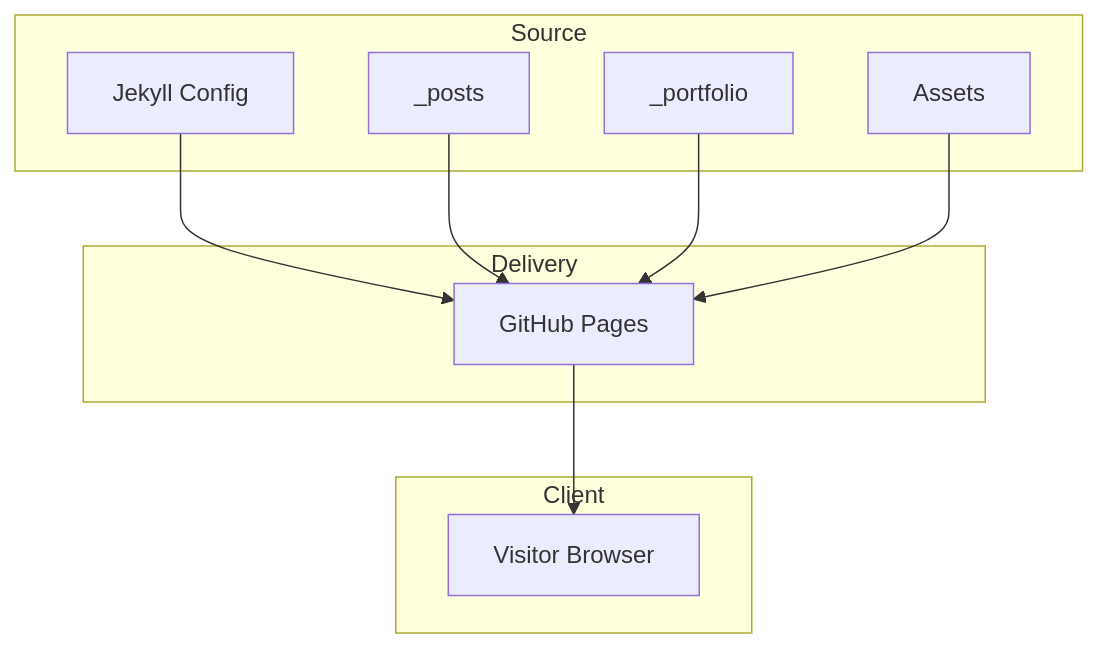
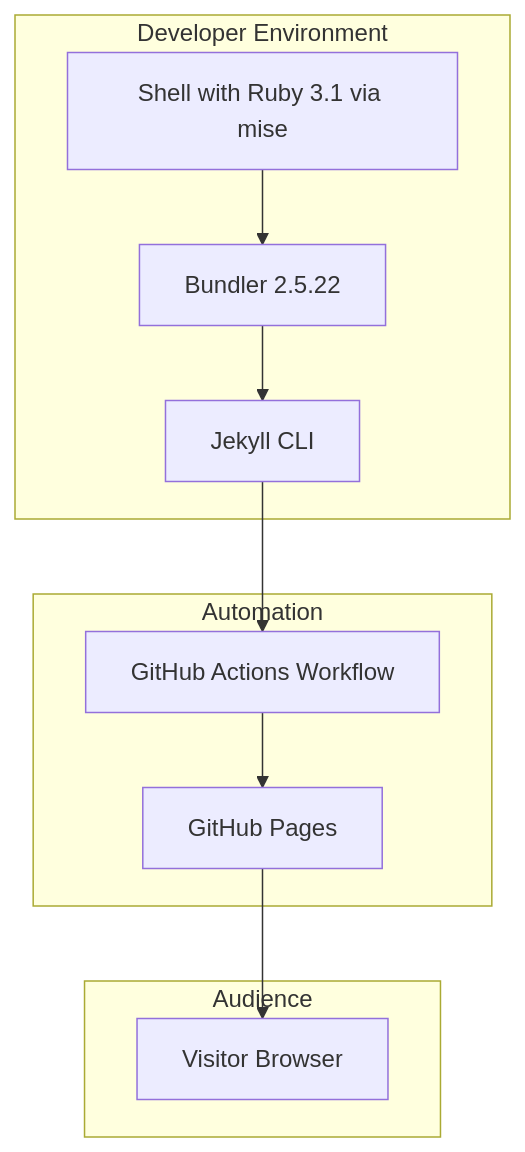
Before and after one commit to muyueh/Jekyll: the fourth of 6 diagrams in README.md, drawn with Mermaid. The commit also changed other lines of this file and 1 other file, not shown here.

Commit message:
Refresh Ruby 3.1 dependencies

````diff
--- a/README.md
+++ b/README.md
@@ -34,21 +50,18 @@
 ```mermaid
 graph TD
-    subgraph Client
-        A[Visitor Browser]
+    subgraph Developer Environment
+        D[Shell with Ruby 3.1 via mise]
+        B[Bundler 2.5.22]
+        J[Jekyll CLI]
     end
-    subgraph Delivery
-        B[GitHub Pages]
+    subgraph Automation
+        GA[GitHub Actions Workflow]
+        GP[GitHub Pages]
     end
-    subgraph Source
-        C[Jekyll Config]
-        D[_posts]
-        E[_portfolio]
-        F[Assets]
+    subgraph Audience
+        BR[Visitor Browser]
     end
 
-    C --> B
-    D --> B
-    E --> B
-    F --> B
-    B --> A
+    D --> B --> J
+    J --> GA --> GP --> BR
 ```
````
